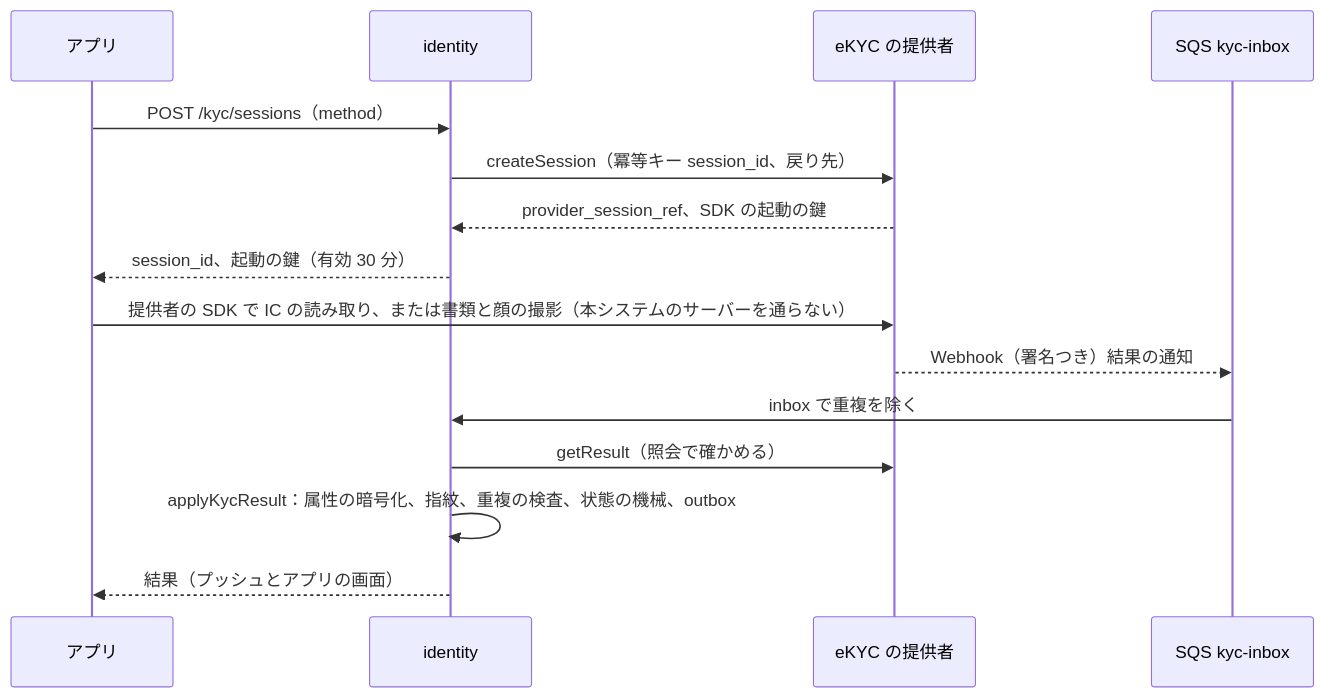
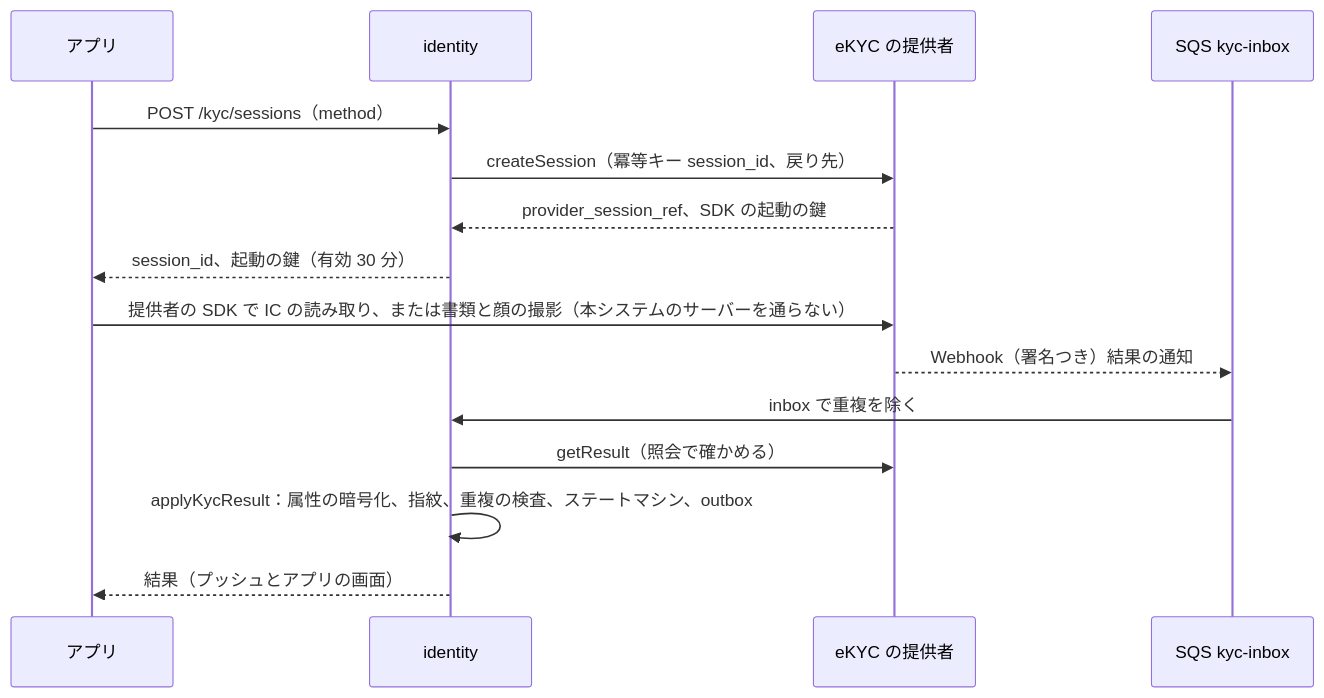
Before and after one commit to shoito/rebuilds: the first of 2 diagrams in systems/mercari/docs/architecture/identity-verification.md, drawn with Mermaid. The commit also changed other lines of this file and 191 other files, not shown here.

Commit message:
Use ステートマシン instead of 状態の機械 / 状態機械 across all documents

````diff
--- a/systems/mercari/docs/architecture/identity-verification.md
+++ b/systems/mercari/docs/architecture/identity-verification.md
@@ -85,18 +85,18 @@
 ```mermaid
 sequenceDiagram
     participant App as アプリ
     participant ID as identity
     participant P as eKYC の提供者
     participant Q as SQS kyc-inbox
 
     App->>ID: POST /kyc/sessions（method）
     ID->>P: createSession（冪等キー session_id、戻り先）
     P-->>ID: provider_session_ref、SDK の起動の鍵
     ID-->>App: session_id、起動の鍵（有効 30 分）
     App->>P: 提供者の SDK で IC の読み取り、または書類と顔の撮影（本システムのサーバーを通らない）
     P-->>Q: Webhook（署名つき）結果の通知
     Q->>ID: inbox で重複を除く
     ID->>P: getResult（照会で確かめる）
-    ID->>ID: applyKycResult：属性の暗号化、指紋、重複の検査、状態の機械、outbox
+    ID->>ID: applyKycResult：属性の暗号化、指紋、重複の検査、ステートマシン、outbox
     ID-->>App: 結果（プッシュとアプリの画面）
 ```
````
